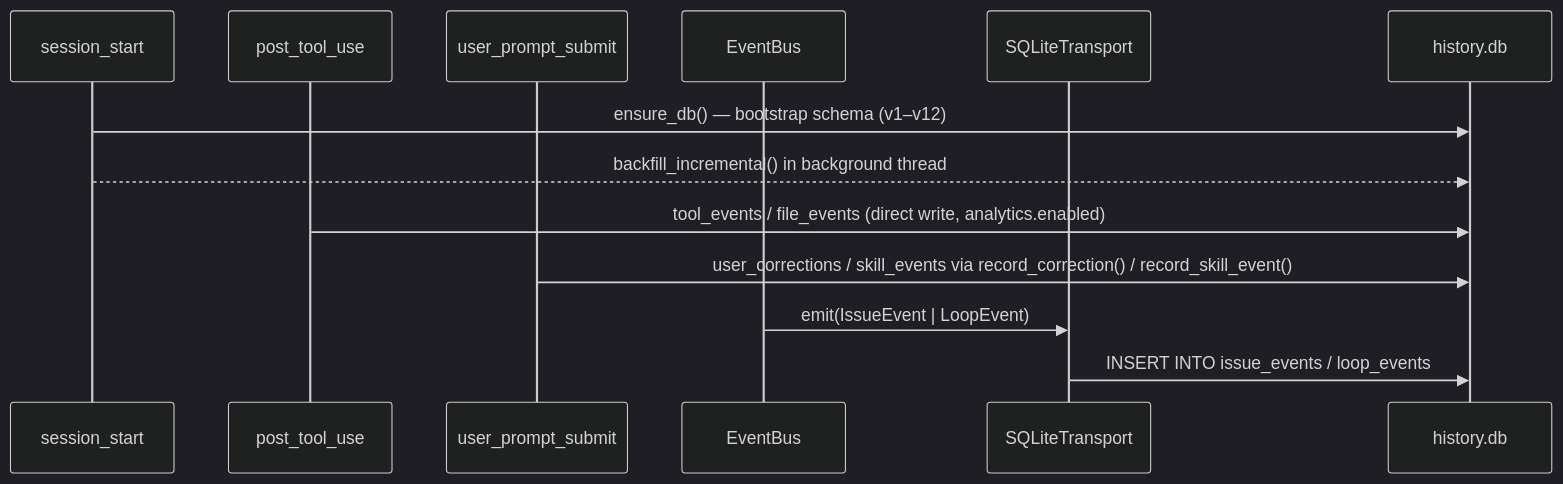
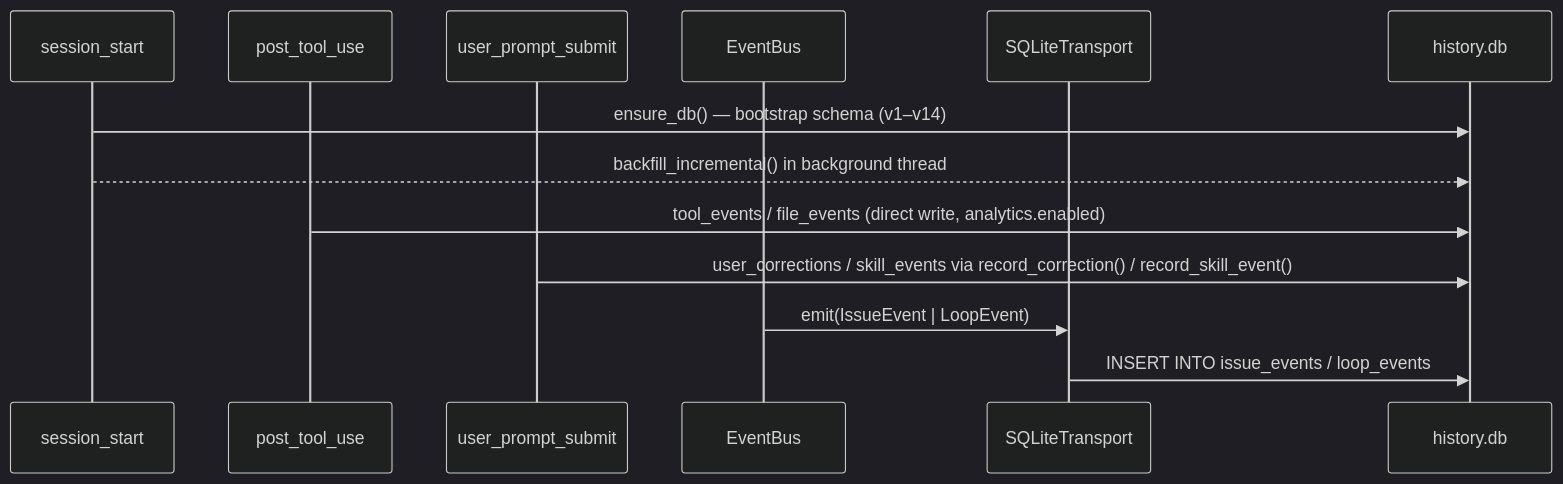
The fifth of 16 diagrams in docs/ARCHITECTURE.md (BrennonTWilliams/little-loops), drawn with Mermaid (dark theme) before and after one commit. The commit also changed other lines of this file and 9 other files, not shown here.

First line of the commit message:
docs: catch up docs for schema v14, ll-loop renames, and count corrections

````diff
--- a/docs/ARCHITECTURE.md
+++ b/docs/ARCHITECTURE.md
@@ -609,16 +609,16 @@
 ```mermaid
 sequenceDiagram
     participant SS as session_start
     participant PTU as post_tool_use
     participant UPS as user_prompt_submit
     participant EB as EventBus
     participant ST as SQLiteTransport
     participant DB as history.db
 
-    SS->>DB: ensure_db() — bootstrap schema (v1–v12)
+    SS->>DB: ensure_db() — bootstrap schema (v1–v14)
     SS-->>DB: backfill_incremental() in background thread
     PTU->>DB: tool_events / file_events (direct write, analytics.enabled)
     UPS->>DB: user_corrections / skill_events via record_correction() / record_skill_event()
     EB->>ST: emit(IssueEvent | LoopEvent)
     ST->>DB: INSERT INTO issue_events / loop_events
 ```
````
